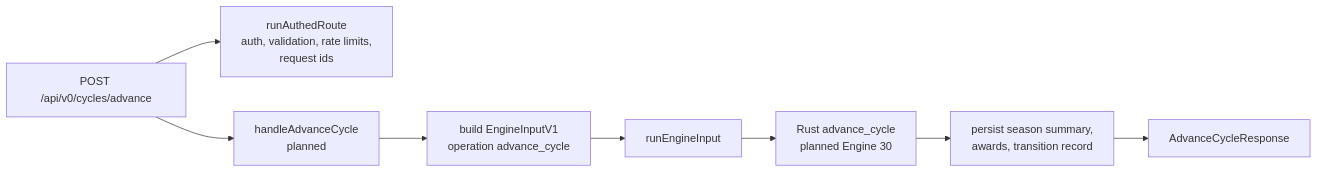
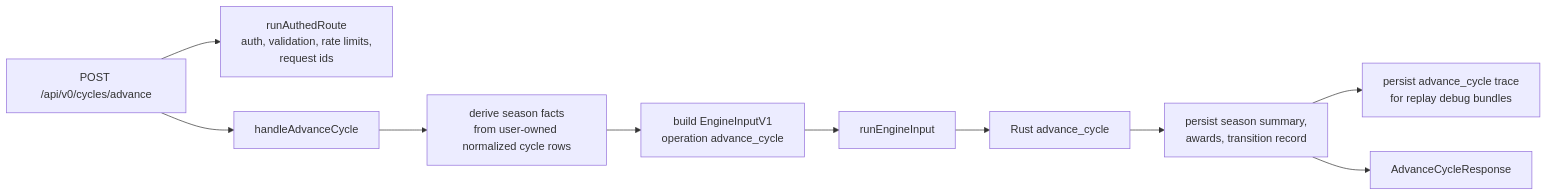
One commit to manjuyod/adaptabuddy_v2 changed the third of 3 diagrams in docs/mermaid/api-route-service-map.md. Above: the diagram before and after it, drawn with Mermaid. The commit also changed other lines of this file and 6 other files, not shown here.

Commit message:
mermaid update

````diff
--- a/docs/mermaid/api-route-service-map.md
+++ b/docs/mermaid/api-route-service-map.md
@@ -75,11 +77,13 @@
 ```mermaid
 flowchart LR
   RouteHandler["runAuthedRoute<br/>auth, validation, rate limits,<br/>request ids"]
-  CyclesAdvance["POST /api/v0/cycles/advance"] --> HandleAdvanceCycle["handleAdvanceCycle<br/>planned"]
-  HandleAdvanceCycle --> BuildInput["build EngineInputV1<br/>operation advance_cycle"]
+  CyclesAdvance["POST /api/v0/cycles/advance"] --> HandleAdvanceCycle["handleAdvanceCycle"]
+  HandleAdvanceCycle --> DeriveFacts["derive season facts<br/>from user-owned normalized cycle rows"]
+  DeriveFacts --> BuildInput["build EngineInputV1<br/>operation advance_cycle"]
   BuildInput --> EngineRunner["runEngineInput"]
-  EngineRunner --> AdvanceCycle["Rust advance_cycle<br/>planned Engine 30"]
+  EngineRunner --> AdvanceCycle["Rust advance_cycle"]
   AdvanceCycle --> Persist["persist season summary,<br/>awards, transition record"]
+  Persist --> Trace["persist advance_cycle trace<br/>for replay debug bundles"]
   Persist --> Response["AdvanceCycleResponse"]
   CyclesAdvance --> RouteHandler
 ```
````
